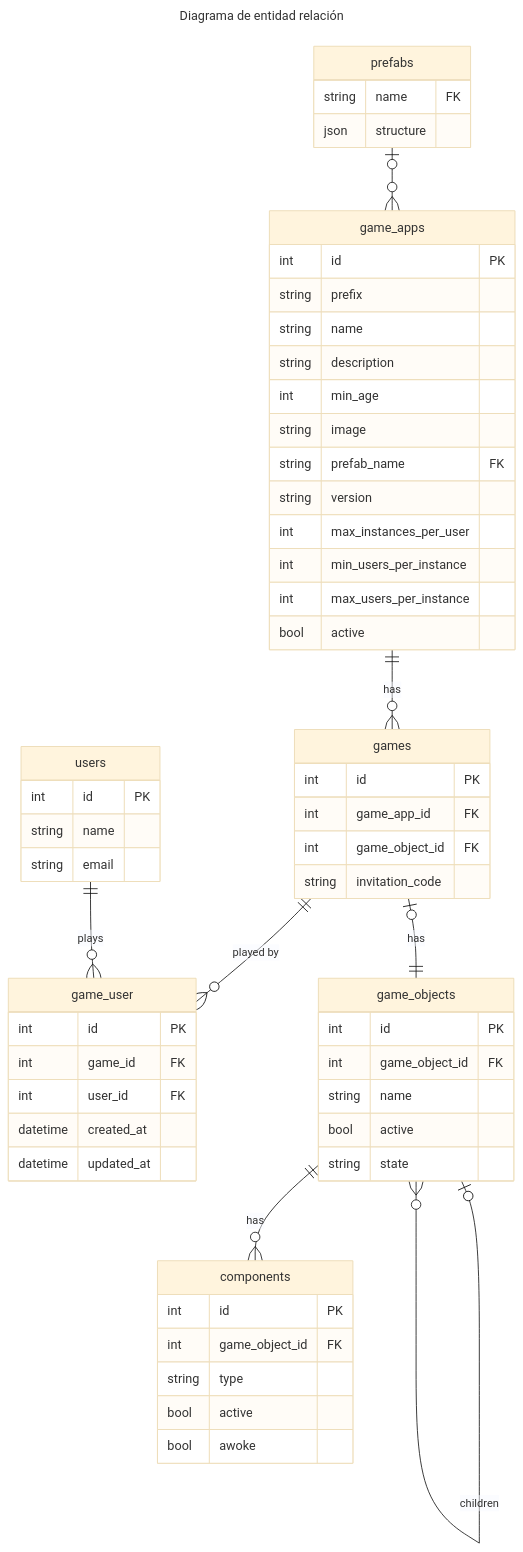
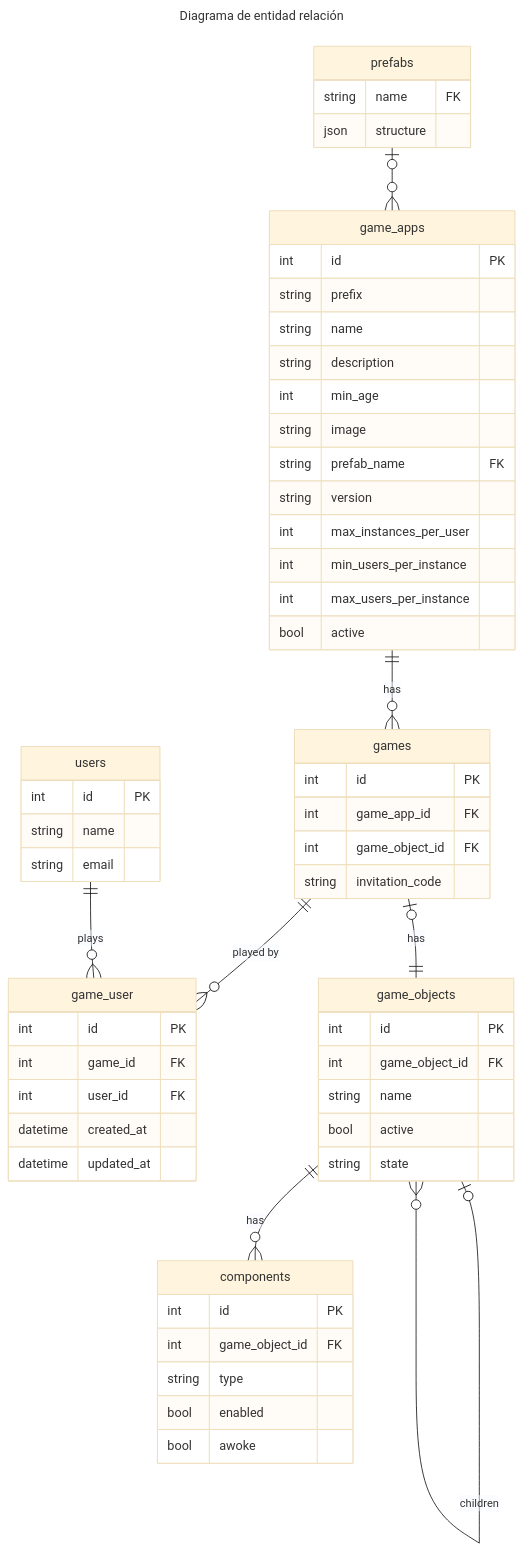
Before and after one commit to eormeno/base-project: the second of 2 diagrams in docs/class_diagrams.md, drawn with Mermaid (base theme). The commit also changed other lines of this file and 14 other files, not shown here.

````diff
--- a/docs/class_diagrams.md
+++ b/docs/class_diagrams.md
@@ -74,70 +75,70 @@
 ```mermaid
 ---
 title: Diagrama de entidad relación
 ---
 erDiagram
     game_apps ||--o{ games : "has"
     games ||--o{ game_user : "played by"
     game_objects ||--o{ components : "has"
     game_objects one or zero -- zero or many game_objects : "children"
     prefabs one or zero --o{ game_apps : ""
     users ||--o{ game_user : "plays"
     games one or zero -- 1 game_objects : "has"
 
     game_apps {
         int id PK
         string prefix
         string name
         string description
         int min_age
         string image
         string prefab_name FK
         string version
         int max_instances_per_user
         int min_users_per_instance
         int max_users_per_instance
         bool active
     }
 
     games {
         int id PK
         int game_app_id FK
         int game_object_id FK
         string invitation_code
     }
 
     game_user {
         int id PK
         int game_id FK
         int user_id FK
         datetime created_at
         datetime updated_at
     }
 
     prefabs {
         string name FK
         json structure
     }
 
     game_objects {
         int id PK
         int game_object_id FK
         string name
         bool active
         string state
     }
 
     components {
         int id PK
         int game_object_id FK
         string type
-        bool active
+        bool enabled
         bool awoke
     }
 
     users {
         int id PK
         string name
         string email
     }
 ```
````
